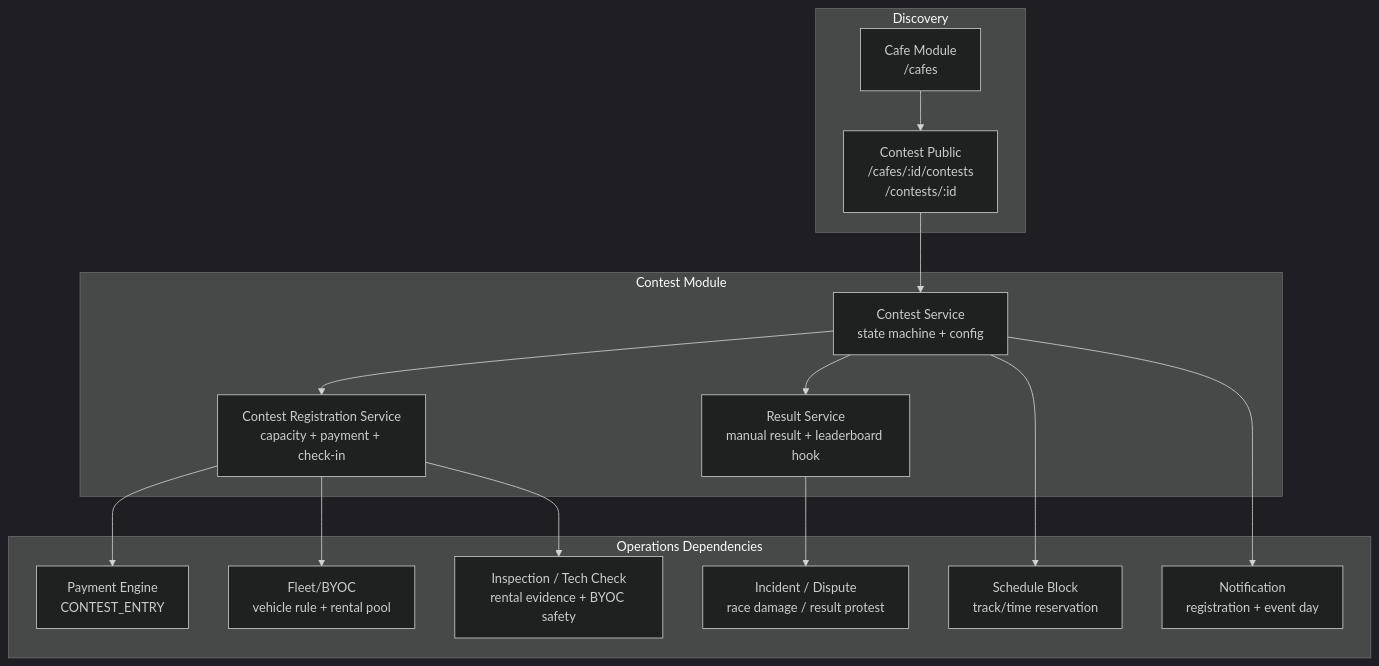
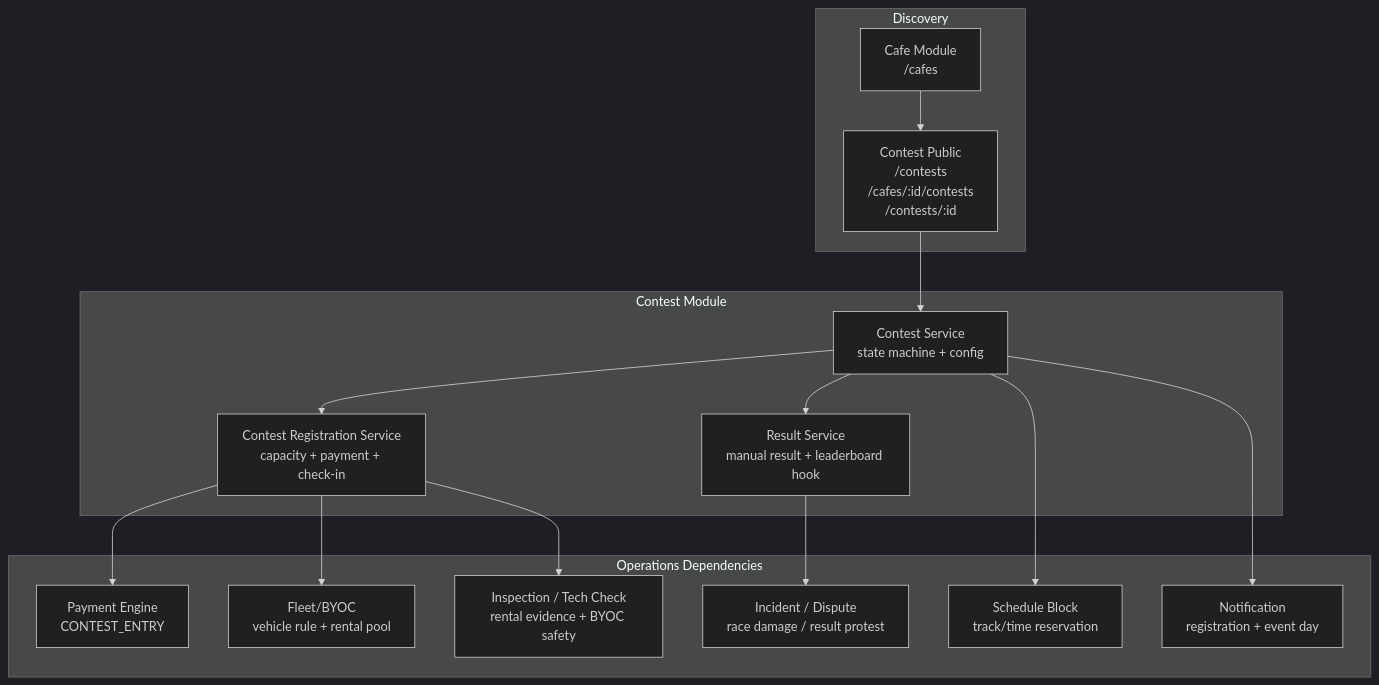
Before and after one commit to RCField-SEP490/rcfield-spec: the first of 6 diagrams in docs/architecture/03-contest.md, drawn with Mermaid (dark theme). The commit also changed other lines of this file and 6 other files, not shown here.

Commit message:
docs: update contest multi-branch flow

````diff
--- a/docs/architecture/03-contest.md
+++ b/docs/architecture/03-contest.md
@@ -46,33 +47,33 @@
 ```mermaid
 graph TD
     subgraph Discovery["Discovery"]
         CAFE["Cafe Module\n/cafes"]
-        CONTEST_PUBLIC["Contest Public\n/cafes/:id/contests\n/contests/:id"]
+        CONTEST_PUBLIC["Contest Public\n/contests\n/cafes/:id/contests\n/contests/:id"]
     end
 
     subgraph ContestOps["Contest Module"]
         CONTEST["Contest Service\nstate machine + config"]
         REG["Contest Registration Service\ncapacity + payment + check-in"]
         RESULT["Result Service\nmanual result + leaderboard hook"]
     end
 
     subgraph Operations["Operations Dependencies"]
         FLEET["Fleet/BYOC\nvehicle rule + rental pool"]
         PAYMENT["Payment Engine\nCONTEST_ENTRY"]
         SCHEDULE["Schedule Block\ntrack/time reservation"]
         INSPECTION["Inspection / Tech Check\nrental evidence + BYOC safety"]
         INCIDENT["Incident / Dispute\nrace damage / result protest"]
         NOTIFY["Notification\nregistration + event day"]
     end
 
     CAFE --> CONTEST_PUBLIC
     CONTEST_PUBLIC --> CONTEST
     CONTEST --> REG
     CONTEST --> RESULT
     CONTEST --> SCHEDULE
     REG --> PAYMENT
     REG --> FLEET
     REG --> INSPECTION
     RESULT --> INCIDENT
     CONTEST --> NOTIFY
 ```
````
